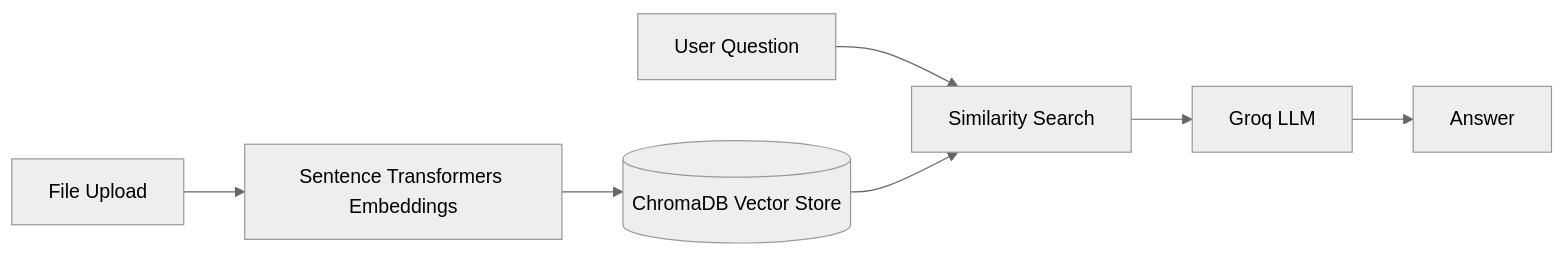
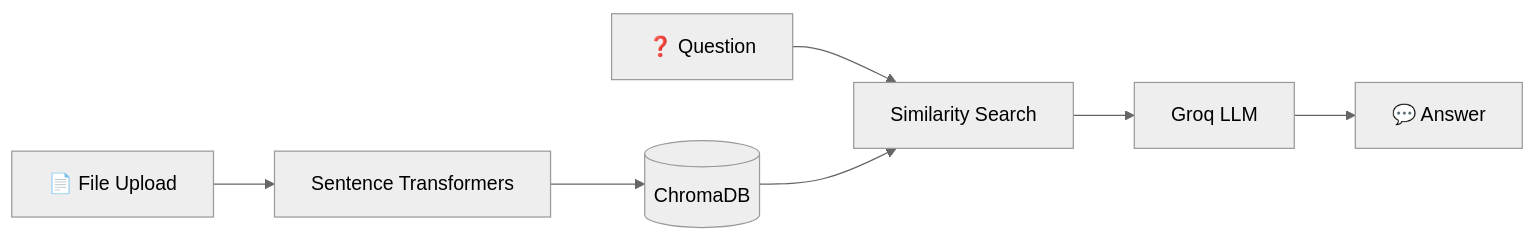
The second of 2 diagrams in README.md (sivashankar875/sivashankar875), drawn with Mermaid (neutral theme) before and after one commit. The commit also changed other lines of this file, not shown here.

````diff
--- a/README.md
+++ b/README.md
@@ -160,9 +102,9 @@
 ```mermaid
 graph LR
-  A[File Upload] --> B[Sentence Transformers Embeddings]
-  B --> C[(ChromaDB Vector Store)]
-  D[User Question] --> E[Similarity Search]
+  A[📄 File Upload] --> B[Sentence Transformers]
+  B --> C[(ChromaDB)]
+  D[❓ Question] --> E[Similarity Search]
   C --> E
   E --> F[Groq LLM]
-  F --> G[Answer]
+  F --> G[💬 Answer]
 ```
````
